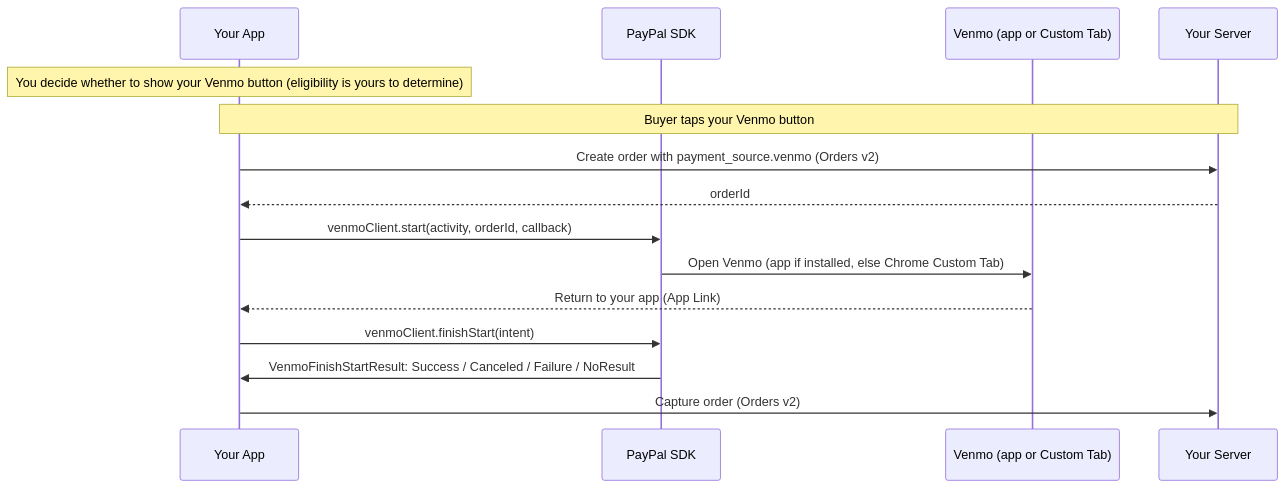
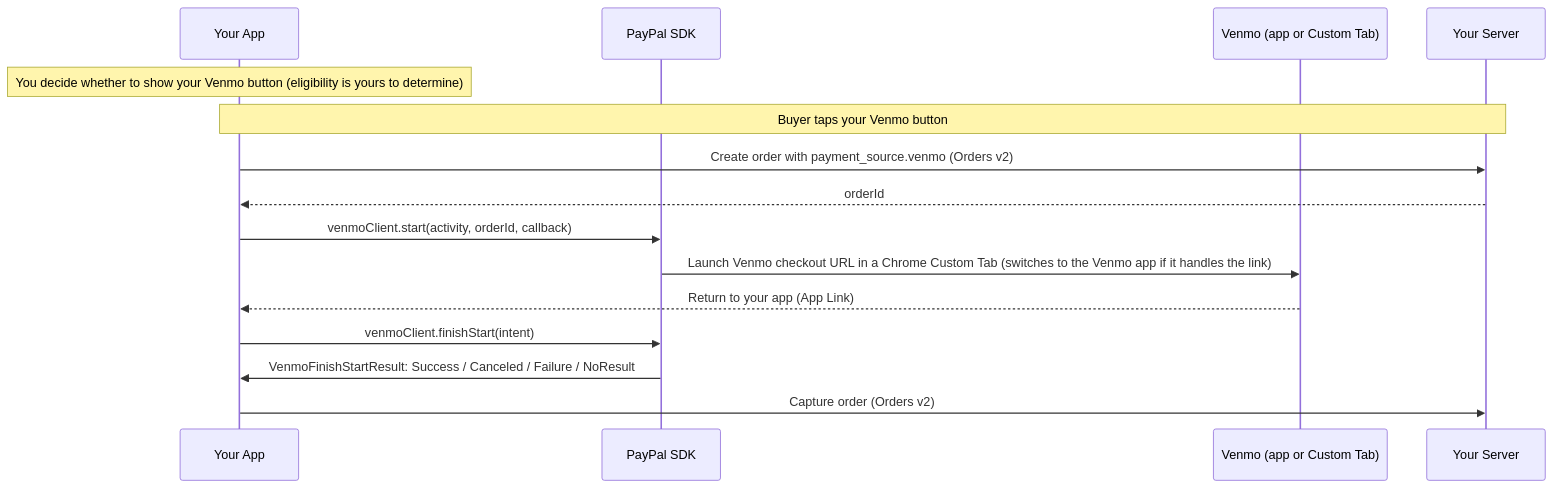
Before and after one commit to paypal/paypal-android: the diagram in Docs/integration-guides/android-venmo-checkout.md, drawn with Mermaid. The commit also changed other lines of this file and 1 other file, not shown here.

Commit message:
Document Venmo app switch mechanism and update guide-set version to 3.2.0

````diff
--- a/Docs/integration-guides/android-venmo-checkout.md
+++ b/Docs/integration-guides/android-venmo-checkout.md
@@ -9,18 +9,18 @@
 ```mermaid
 sequenceDiagram
     participant App as Your App
     participant SDK as PayPal SDK
     participant Venmo as Venmo (app or Custom Tab)
     participant Server as Your Server
 
     Note over App: You decide whether to show your Venmo button (eligibility is yours to determine)
     Note over App,Server: Buyer taps your Venmo button
     App->>Server: Create order with payment_source.venmo (Orders v2)
     Server-->>App: orderId
     App->>SDK: venmoClient.start(activity, orderId, callback)
-    SDK->>Venmo: Open Venmo (app if installed, else Chrome Custom Tab)
+    SDK->>Venmo: Launch Venmo checkout URL in a Chrome Custom Tab (switches to the Venmo app if it handles the link)
     Venmo-->>App: Return to your app (App Link)
     App->>SDK: venmoClient.finishStart(intent)
     SDK->>App: VenmoFinishStartResult: Success / Canceled / Failure / NoResult
     App->>Server: Capture order (Orders v2)
 ```
````
